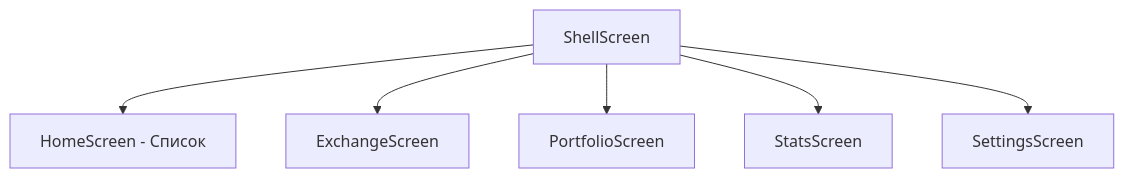
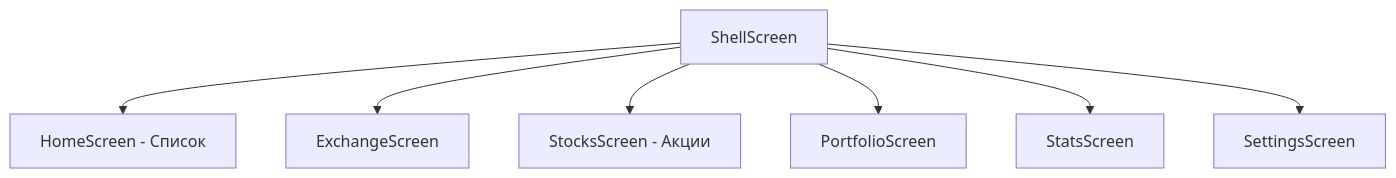
The second of 2 diagrams in docs/testing/features/06-privetstvie-navigaciya.md (Valerijkk/fin_control), drawn with Mermaid before and after one commit. The commit also changed other lines of this file and 103 other files, not shown here.

````diff
--- a/docs/testing/features/06-privetstvie-navigaciya.md
+++ b/docs/testing/features/06-privetstvie-navigaciya.md
@@ -53,9 +55,10 @@
 ```mermaid
 flowchart TB
   Shell[ShellScreen]
   Shell --> Home[HomeScreen - Список]
   Shell --> Exchange[ExchangeScreen]
+  Shell --> Stocks[StocksScreen - Акции]
   Shell --> Portfolio[PortfolioScreen]
   Shell --> Stats[StatsScreen]
   Shell --> Settings[SettingsScreen]
 ```
````
